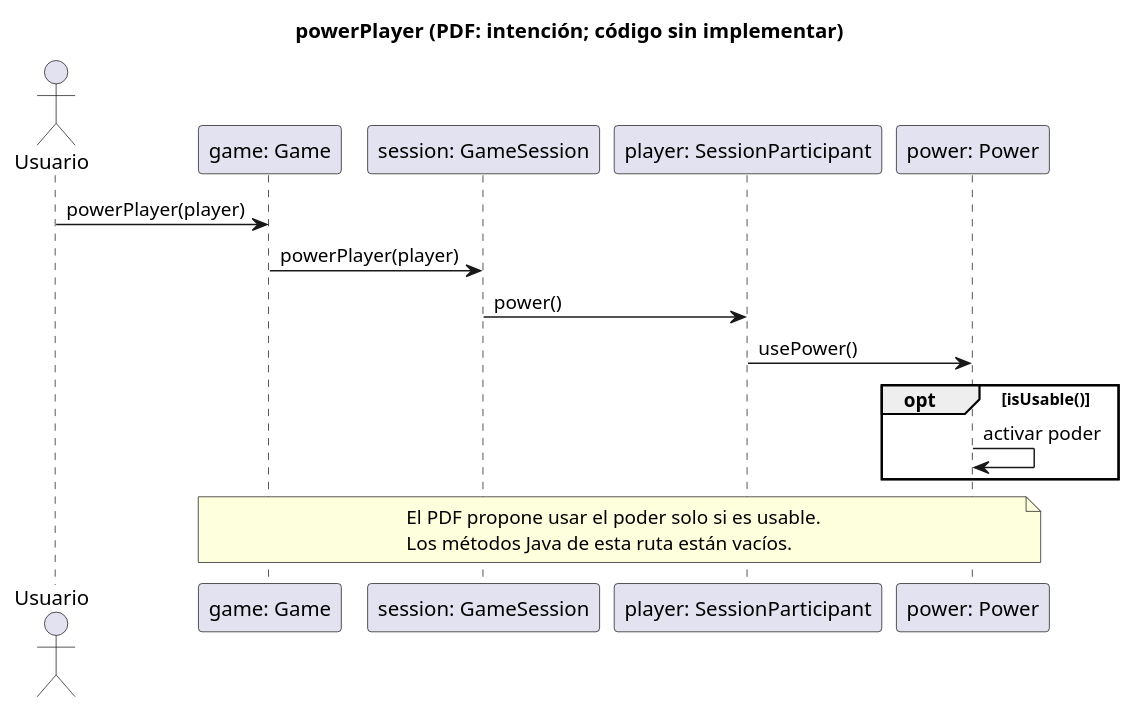
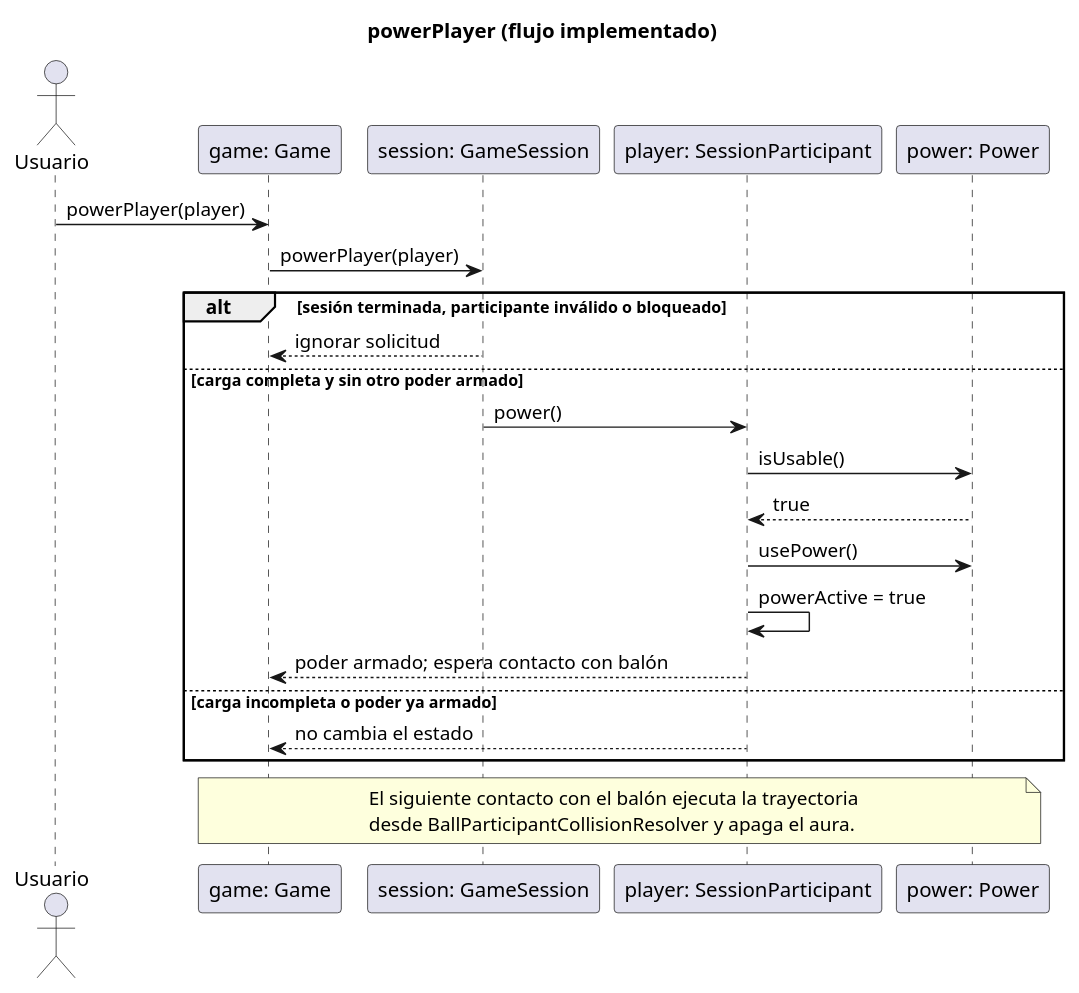
One commit to PaglkG/ProyectoFinal-Dopo changed the fourth of 8 diagrams in docs/uml/domain-sequences.puml. Above: the diagram before and after it, drawn with PlantUML. The commit also changed other lines of this file and 67 other files, not shown here.

```diff
--- a/docs/uml/domain-sequences.puml
+++ b/docs/uml/domain-sequences.puml
@@ -74,19 +74,26 @@
 @startuml
-title powerPlayer (PDF: intención; código sin implementar)
+title powerPlayer (flujo implementado)
 actor Usuario
 participant "game: Game" as G
 participant "session: GameSession" as S
 participant "player: SessionParticipant" as P
 participant "power: Power" as W
 Usuario -> G: powerPlayer(player)
 G -> S: powerPlayer(player)
-S -> P: power()
-P -> W: usePower()
-opt isUsable()
-  W -> W: activar poder
+alt sesión terminada, participante inválido o bloqueado
+  S --> G: ignorar solicitud
+else carga completa y sin otro poder armado
+  S -> P: power()
+  P -> W: isUsable()
+  W --> P: true
+  P -> W: usePower()
+  P -> P: powerActive = true
+  P --> G: poder armado; espera contacto con balón
+else carga incompleta o poder ya armado
+  P --> G: no cambia el estado
 end
 note over G,W
-  El PDF propone usar el poder solo si es usable.
-  Los métodos Java de esta ruta están vacíos.
+  El siguiente contacto con el balón ejecuta la trayectoria
+  desde BallParticipantCollisionResolver y apaga el aura.
 end note
 @enduml
```
